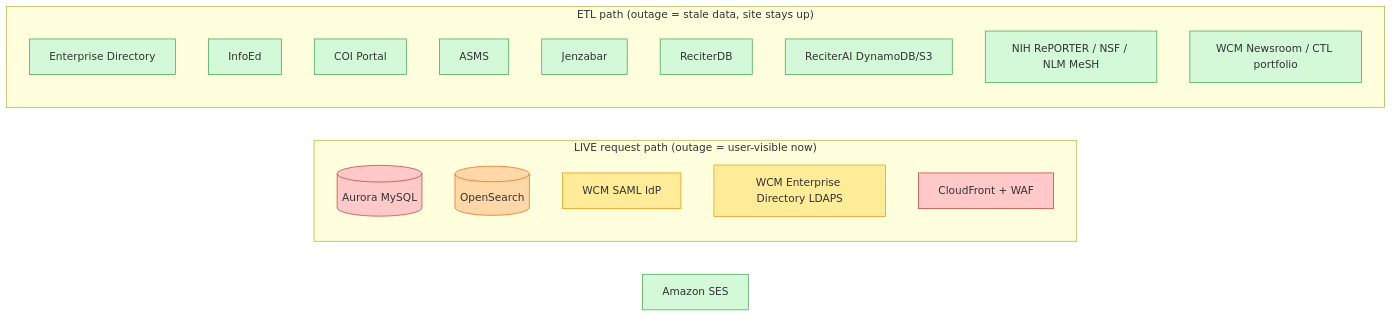
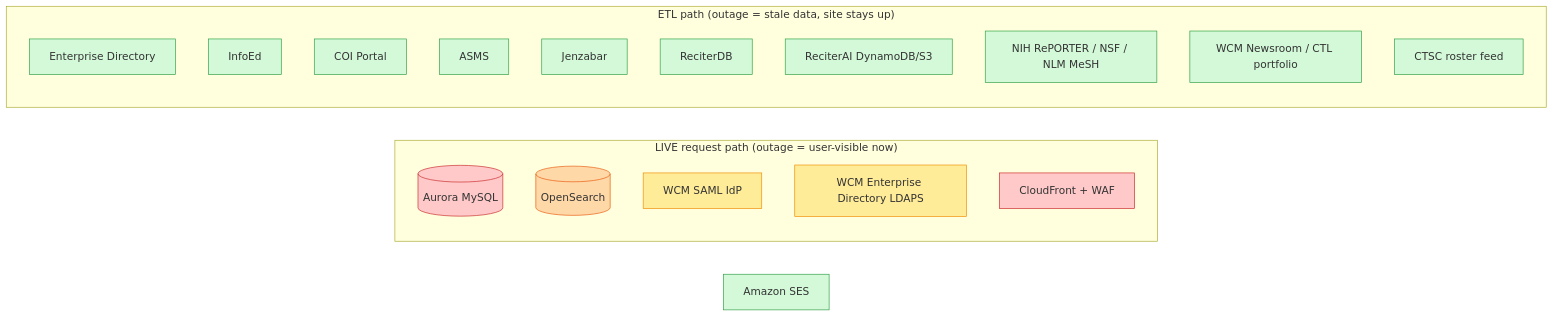
One commit to wcmc-its/Scholars-Profile-System changed the diagram in docs/dependency-outage-matrix.md. Above: the diagram before and after it, drawn with Mermaid. The commit also changed other lines of this file and 9 other files, not shown here.

First line of the commit message:
docs(ctsc): document the nightly CTSC roster sync

````diff
--- a/docs/dependency-outage-matrix.md
+++ b/docs/dependency-outage-matrix.md
@@ -19,27 +19,28 @@
 ```mermaid
 flowchart LR
   subgraph live["LIVE request path (outage = user-visible now)"]
     aurora[(Aurora MySQL)]:::crit
     os[(OpenSearch)]:::high
     saml[WCM SAML IdP]:::med
     ldap[WCM Enterprise Directory LDAPS]:::med
     cf[CloudFront + WAF]:::crit
   end
   subgraph etl["ETL path (outage = stale data, site stays up)"]
     ed[Enterprise Directory]:::low
     infoed[InfoEd]:::low
     coip[COI Portal]:::low
     asms[ASMS]:::low
     jenz[Jenzabar]:::low
     rdb[ReciterDB]:::low
     rai[ReciterAI DynamoDB/S3]:::low
     ext[NIH RePORTER / NSF / NLM MeSH]:::low
     scrape[WCM Newsroom / CTL portfolio]:::low
+    ctsc[CTSC roster feed]:::low
   end
   ses[Amazon SES]:::low
 
   classDef crit fill:#ffc9c9,stroke:#c92a2a;
   classDef high fill:#ffd8a8,stroke:#e8590c;
   classDef med fill:#ffec99,stroke:#f08c00;
   classDef low fill:#d3f9d8,stroke:#2f9e44;
 ```
````
